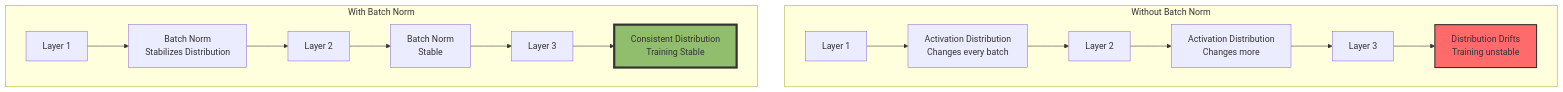
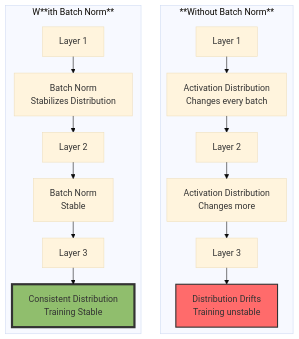
One commit to Vineet-Sharma-Medium-Stories/Medium-Build-Tool changed the first of 2 diagrams in The 2026 AI Metromap/The 2026 AI Metromap: Batch Norm & Dropout – The Safety Systems of Deep Learning.md. Above: the diagram before and after it, drawn with Mermaid. The commit also changed other lines of this file and 37 other files, not shown here.

````diff
--- a/The 2026 AI Metromap/The 2026 AI Metromap: Batch Norm & Dropout – The Safety Systems of Deep Learning.md
+++ b/The 2026 AI Metromap/The 2026 AI Metromap: Batch Norm & Dropout – The Safety Systems of Deep Learning.md
@@ -62,21 +62,26 @@
 ```mermaid
+---
+config:
+  theme: base
+  layout: elk
+---
 graph TD
-    subgraph "Without Batch Norm"
+    subgraph "**Without Batch Norm**"
         L1[Layer 1] --> A1[Activation Distribution<br/>Changes every batch]
         A1 --> L2[Layer 2]
         L2 --> A2[Activation Distribution<br/>Changes more]
         A2 --> L3[Layer 3]
         L3 --> A3[Distribution Drifts<br/>Training unstable]
     end
     
-    subgraph "With Batch Norm"
+    subgraph "W**ith Batch Norm**"
         L1b[Layer 1] --> BN1[Batch Norm<br/>Stabilizes Distribution]
         BN1 --> L2b[Layer 2]
         L2b --> BN2[Batch Norm<br/>Stable]
         BN2 --> L3b[Layer 3]
         L3b --> BN3[Consistent Distribution<br/>Training Stable]
     end
     
     style A3 fill:#ff6b6b,stroke:#333,stroke-width:2px
     style BN3 fill:#90be6d,stroke:#333,stroke-width:4px
 ```
````
